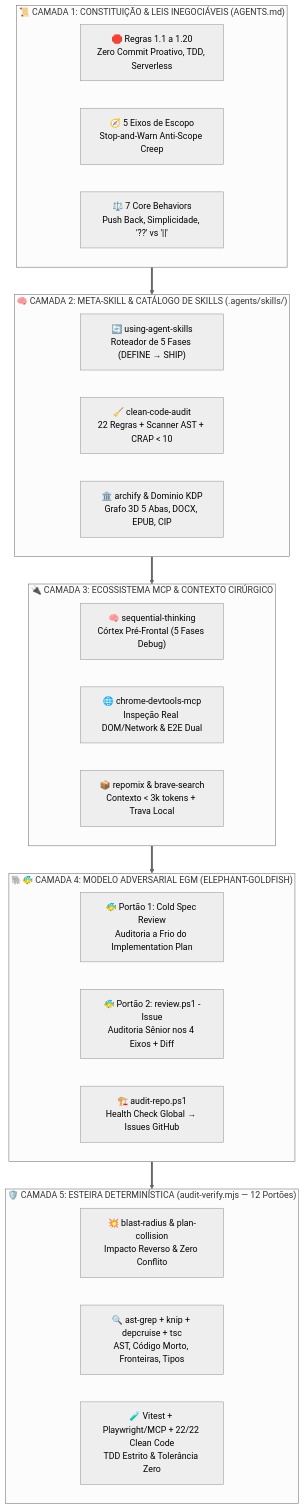
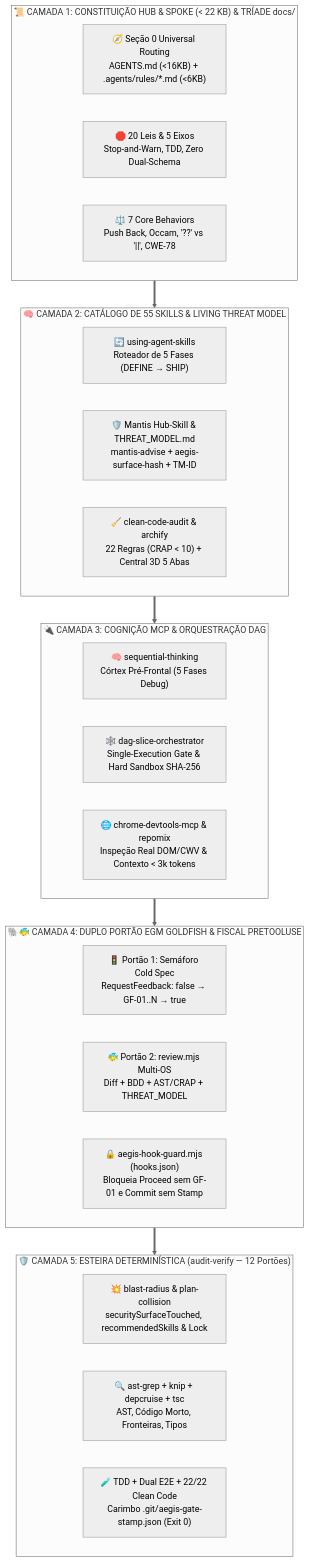
The first of 2 diagrams in docs/APRESENTACAO_HARNESS_ENGENHARIA.md (raphaelbalbinot/aegis-harness), drawn with Mermaid (neutral theme) before and after one commit. The commit also changed other lines of this file and 4 other files, not shown here.

````diff
--- a/docs/APRESENTACAO_HARNESS_ENGENHARIA.md
+++ b/docs/APRESENTACAO_HARNESS_ENGENHARIA.md
@@ -21,39 +37,39 @@
 ```mermaid
 flowchart TB
-    subgraph L1 ["📜 CAMADA 1: CONSTITUIÇÃO & LEIS INEGOCIÁVEIS (AGENTS.md)"]
+    subgraph L1 ["📜 CAMADA 1: CONSTITUIÇÃO HUB & SPOKE (< 22 KB) & TRÍADE docs/"]
         direction LR
-        A1["🛑 Regras 1.1 a 1.20<br/>Zero Commit Proativo, TDD, Serverless"]
-        A2["🧭 5 Eixos de Escopo<br/>Stop-and-Warn Anti-Scope Creep"]
-        A3["⚖️ 7 Core Behaviors<br/>Push Back, Simplicidade, '??' vs '||'"]
+        A1["🧭 Seção 0 Universal Routing<br/>AGENTS.md (<16KB) + .agents/rules/*.md (<6KB)"]
+        A2["🛑 20 Leis & 5 Eixos<br/>Stop-and-Warn, TDD, Zero Dual-Schema"]
+        A3["⚖️ 7 Core Behaviors<br/>Push Back, Occam, '??' vs '||', CWE-78"]
     end
 
-    subgraph L2 ["🧠 CAMADA 2: META-SKILL & CATÁLOGO DE SKILLS (.agents/skills/)"]
+    subgraph L2 ["🧠 CAMADA 2: CATÁLOGO DE 55 SKILLS & LIVING THREAT MODEL"]
         direction LR
         S1["🔄 using-agent-skills<br/>Roteador de 5 Fases (DEFINE → SHIP)"]
-        S2["🧹 clean-code-audit<br/>22 Regras + Scanner AST + CRAP < 10"]
-        S3["🏛️ archify & Dominio KDP<br/>Grafo 3D 5 Abas, DOCX, EPUB, CIP"]
+        S2["🛡️ Mantis Hub-Skill & THREAT_MODEL.md<br/>mantis-advise + aegis-surface-hash + TM-ID"]
+        S3["🧹 clean-code-audit & archify<br/>22 Regras (CRAP < 10) + Central 3D 5 Abas"]
     end
 
-    subgraph L3 ["🔌 CAMADA 3: ECOSSISTEMA MCP & CONTEXTO CIRÚRGICO"]
+    subgraph L3 ["🔌 CAMADA 3: COGNIÇÃO MCP & ORQUESTRAÇÃO DAG"]
         direction LR
         M1["🧠 sequential-thinking<br/>Córtex Pré-Frontal (5 Fases Debug)"]
-        M2["🌐 chrome-devtools-mcp<br/>Inspeção Real DOM/Network & E2E Dual"]
-        M3["📦 repomix & brave-search<br/>Contexto < 3k tokens + Trava Local"]
+        M2["🕸️ dag-slice-orchestrator<br/>Single-Execution Gate & Hard Sandbox SHA-256"]
+        M3["🌐 chrome-devtools-mcp & repomix<br/>Inspeção Real DOM/CWV & Contexto < 3k tokens"]
     end
 
-    subgraph L4 ["🐘🐠 CAMADA 4: MODELO ADVERSARIAL EGM (ELEPHANT-GOLDFISH)"]
+    subgraph L4 ["🐘🐠 CAMADA 4: DUPLO PORTÃO EGM GOLDFISH & FISCAL PRETOOLUSE"]
         direction LR
-        G1["🐠 Portão 1: Cold Spec Review<br/>Auditoria a Frio do Implementation Plan"]
-        G2["🐠 Portão 2: review.ps1 -Issue<br/>Auditoria Sênior nos 4 Eixos + Diff"]
-        G3["🏗️ audit-repo.ps1<br/>Health Check Global → Issues GitHub"]
+        G1["🚦 Portão 1: Semáforo Cold Spec<br/>RequestFeedback: false → GF-01..N → true"]
+        G2["🐠 Portão 2: review.mjs Multi-OS<br/>Diff + BDD + AST/CRAP + THREAT_MODEL"]
+        G3["🔒 aegis-hook-guard.mjs (hooks.json)<br/>Bloqueia Proceed sem GF-01 e Commit sem Stamp"]
     end
 
-    subgraph L5 ["🛡️ CAMADA 5: ESTEIRA DETERMINÍSTICA (audit-verify.mjs — 12 Portões)"]
+    subgraph L5 ["🛡️ CAMADA 5: ESTEIRA DETERMINÍSTICA (audit-verify — 12 Portões)"]
         direction LR
-        V1["💥 blast-radius & plan-collision<br/>Impacto Reverso & Zero Conflito"]
+        V1["💥 blast-radius & plan-collision<br/>securitySurfaceTouched, recommendedSkills & Lock"]
         V2["🔍 ast-grep + knip + depcruise + tsc<br/>AST, Código Morto, Fronteiras, Tipos"]
-        V3["🧪 Vitest + Playwright/MCP + 22/22 Clean Code<br/>TDD Estrito & Tolerância Zero"]
+        V3["🧪 TDD + Dual E2E + 22/22 Clean Code<br/>Carimbo .git/aegis-gate-stamp.json (Exit 0)"]
     end
 
     L1 ==> L2 ==> L3 ==> L4 ==> L5
 ```
````
